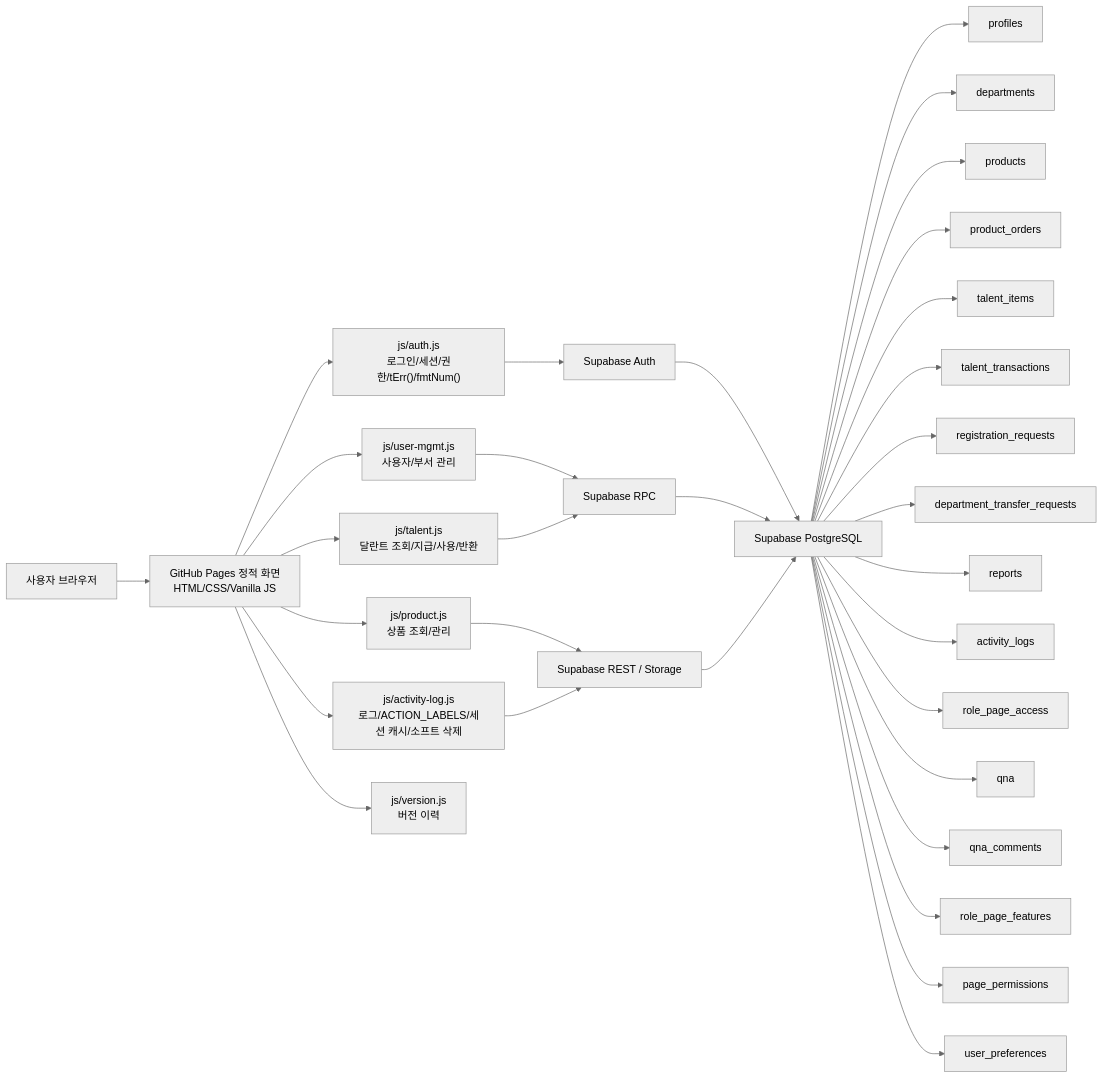
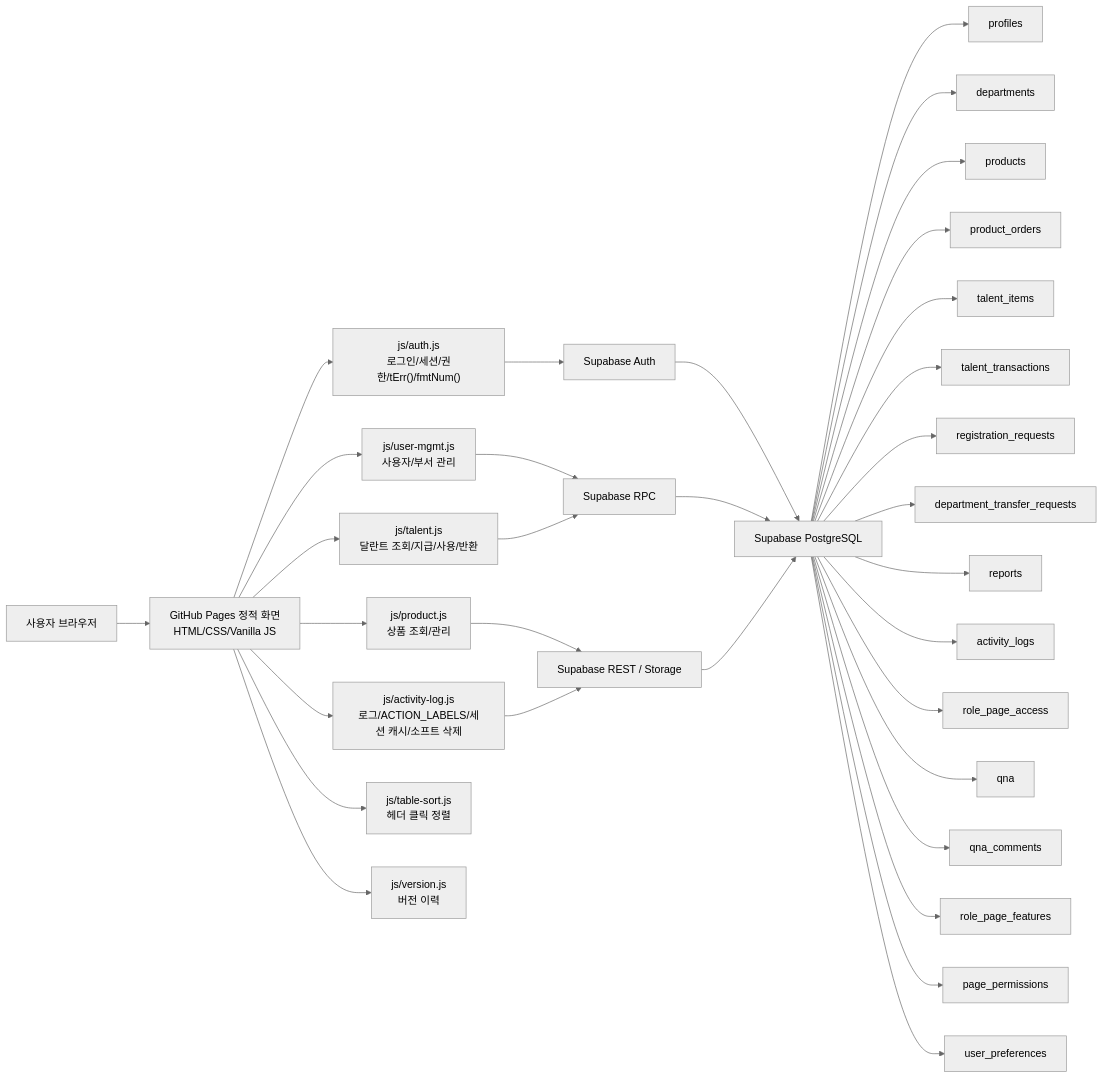
Before and after one commit to CHO-Talents/CHO-Talents: the first of 12 diagrams in docs/PROJECT_ARCHITECTURE_FLOW.md, drawn with Mermaid (neutral theme). The commit also changed other lines of this file and 41 other files, not shown here.

````diff
--- a/docs/PROJECT_ARCHITECTURE_FLOW.md
+++ b/docs/PROJECT_ARCHITECTURE_FLOW.md
@@ -24,38 +24,39 @@
 ```mermaid
 flowchart LR
   User["사용자 브라우저"] --> Pages["GitHub Pages 정적 화면<br/>HTML/CSS/Vanilla JS"]
 
   Pages --> AuthJS["js/auth.js<br/>로그인/세션/권한/tErr()/fmtNum()"]
   Pages --> LogJS["js/activity-log.js<br/>로그/ACTION_LABELS/세션 캐시/소프트 삭제"]
   Pages --> UserMgmt["js/user-mgmt.js<br/>사용자/부서 관리"]
   Pages --> TalentJS["js/talent.js<br/>달란트 조회/지급/사용/반환"]
   Pages --> ProductJS["js/product.js<br/>상품 조회/관리"]
+  Pages --> TableSortJS["js/table-sort.js<br/>헤더 클릭 정렬"]
   Pages --> VersionJS["js/version.js<br/>버전 이력"]
 
   AuthJS --> Auth["Supabase Auth"]
   UserMgmt --> RPC["Supabase RPC"]
   TalentJS --> RPC
   ProductJS --> Rest["Supabase REST / Storage"]
   LogJS --> Rest
 
   Auth --> DB["Supabase PostgreSQL"]
   RPC --> DB
   Rest --> DB
 
   DB --> Profiles["profiles"]
   DB --> Departments["departments"]
   DB --> Products["products"]
   DB --> Orders["product_orders"]
   DB --> Items["talent_items"]
   DB --> Transactions["talent_transactions"]
   DB --> Requests["registration_requests"]
   DB --> Transfers["department_transfer_requests"]
   DB --> Reports["reports"]
   DB --> Logs["activity_logs"]
   DB --> RoleAccess["role_page_access"]
   DB --> QnA["qna"]
   DB --> QnAComments["qna_comments"]
   DB --> RoleFeatures["role_page_features"]
   DB --> PagePerms["page_permissions"]
   DB --> UserPrefs["user_preferences"]
 ```
````
